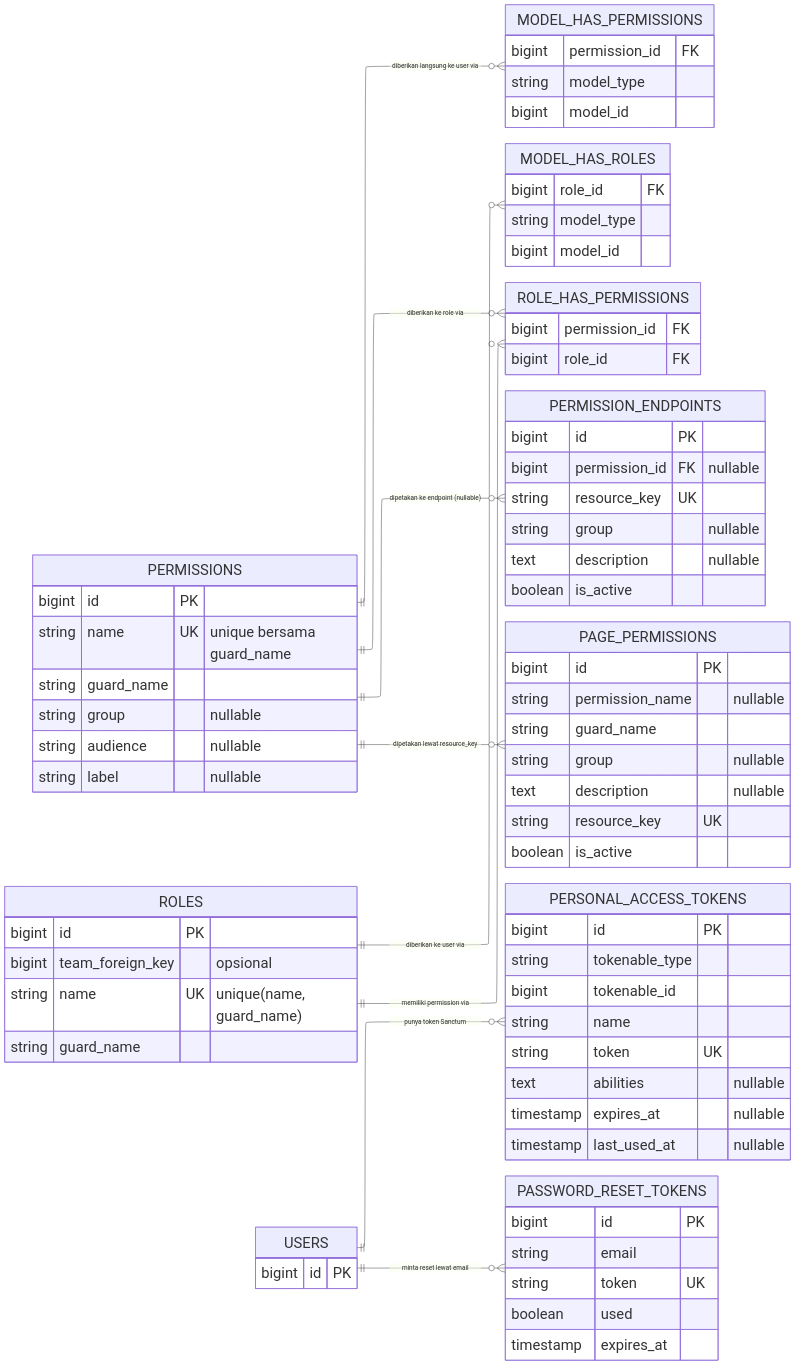
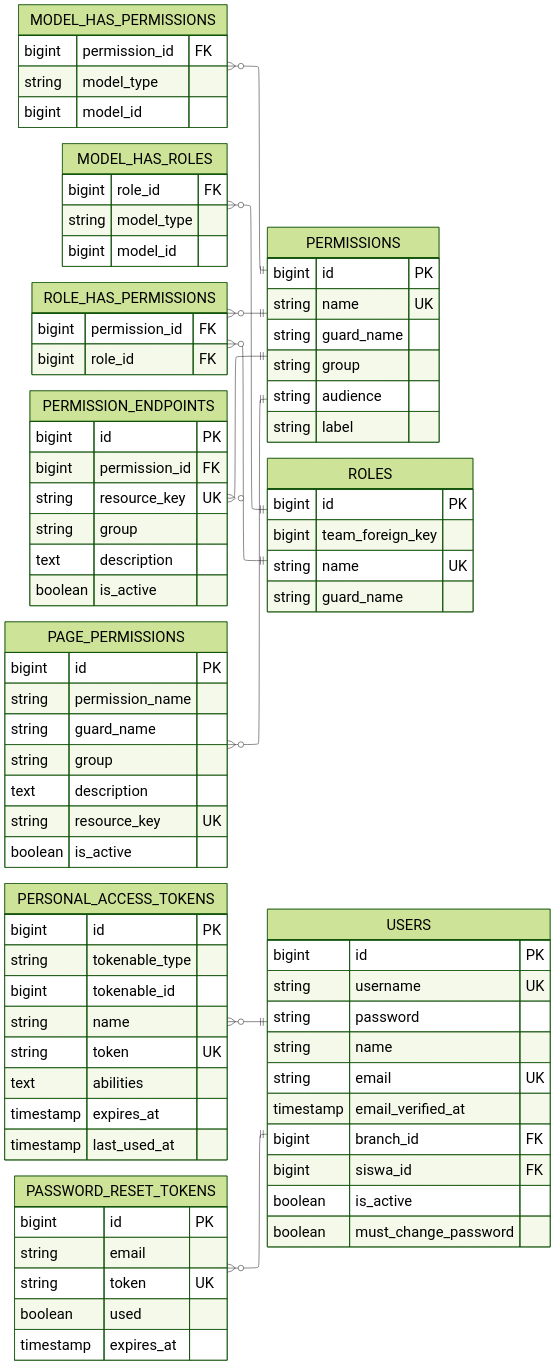
The diagram in document/aset-laporan/mermaid-erd/rbac.mmd (Fathurrahman-R/Manajemen-Keuangan-dan-SPP-Handayani), drawn with Mermaid before and after one commit. The commit also changed 14 other files, not shown here.

First line of the commit message:
Rapikan diagram ERD mermaid: hapus label relasi dan komentar atribut, lengkapi kolom tabel yang disingkat

```diff
--- a/document/aset-laporan/mermaid-erd/rbac.mmd
+++ b/document/aset-laporan/mermaid-erd/rbac.mmd
@@ -1,83 +1,93 @@
 %%{
     init: {
+        'theme': 'forest',
         'layout': 'elk',
         'themeVariables': {'fontSize': '32px'},
         'themeCSS': '.edgeLabel, .edgeLabel p { font-size: 32px !important; }'
     }
 }%%
 erDiagram
-    direction LR
+    direction RL
     PERMISSIONS {
         bigint id PK
-        string name UK "unique bersama guard_name"
+        string name UK
         string guard_name
-        string group "nullable"
-        string audience "nullable"
-        string label "nullable"
+        string group
+        string audience
+        string label
     }
     ROLES {
         bigint id PK
-        bigint team_foreign_key "opsional"
-        string name UK "unique(name, guard_name)"
+        bigint team_foreign_key
+        string name UK
         string guard_name
     }
     MODEL_HAS_PERMISSIONS {
         bigint permission_id FK
         string model_type
         bigint model_id
     }
     MODEL_HAS_ROLES {
         bigint role_id FK
         string model_type
         bigint model_id
     }
     ROLE_HAS_PERMISSIONS {
         bigint permission_id FK
         bigint role_id FK
     }
     PERMISSION_ENDPOINTS {
         bigint id PK
-        bigint permission_id FK "nullable"
+        bigint permission_id FK
         string resource_key UK
-        string group "nullable"
-        text description "nullable"
+        string group
+        text description
         boolean is_active
     }
     PAGE_PERMISSIONS {
         bigint id PK
-        string permission_name "nullable"
+        string permission_name
         string guard_name
-        string group "nullable"
-        text description "nullable"
+        string group
+        text description
         string resource_key UK
         boolean is_active
     }
     PERSONAL_ACCESS_TOKENS {
         bigint id PK
         string tokenable_type
         bigint tokenable_id
         string name
         string token UK
-        text abilities "nullable"
-        timestamp expires_at "nullable"
-        timestamp last_used_at "nullable"
+        text abilities
+        timestamp expires_at
+        timestamp last_used_at
     }
     PASSWORD_RESET_TOKENS {
         bigint id PK
         string email
         string token UK
         boolean used
         timestamp expires_at
     }
     USERS {
         bigint id PK
+        string username UK
+        string password
+        string name
+        string email UK
+        timestamp email_verified_at
+        bigint branch_id FK
+        bigint siswa_id FK
+        boolean is_active
+        boolean must_change_password
     }
 
-    PERMISSIONS ||--o{ ROLE_HAS_PERMISSIONS : "diberikan ke role via"
-    ROLES ||--o{ ROLE_HAS_PERMISSIONS : "memiliki permission via"
-    PERMISSIONS ||--o{ MODEL_HAS_PERMISSIONS : "diberikan langsung ke user via"
-    ROLES ||--o{ MODEL_HAS_ROLES : "diberikan ke user via"
-    PERMISSIONS ||--o{ PERMISSION_ENDPOINTS : "dipetakan ke endpoint (nullable)"
-    PERMISSIONS ||--o{ PAGE_PERMISSIONS : "dipetakan lewat resource_key"
-    USERS ||--o{ PERSONAL_ACCESS_TOKENS : "punya token Sanctum"
-    USERS ||--o{ PASSWORD_RESET_TOKENS : "minta reset lewat email"
+    PERMISSIONS ||--o{ ROLE_HAS_PERMISSIONS : ""
+    ROLES ||--o{ ROLE_HAS_PERMISSIONS : ""
+    PERMISSIONS ||--o{ MODEL_HAS_PERMISSIONS : ""
+    ROLES ||--o{ MODEL_HAS_ROLES : ""
+    PERMISSIONS ||--o{ PERMISSION_ENDPOINTS : ""
+    PERMISSIONS ||--o{ PAGE_PERMISSIONS : ""
+    USERS ||--o{ PERSONAL_ACCESS_TOKENS : ""
+    USERS ||--o{ PASSWORD_RESET_TOKENS : ""
```
